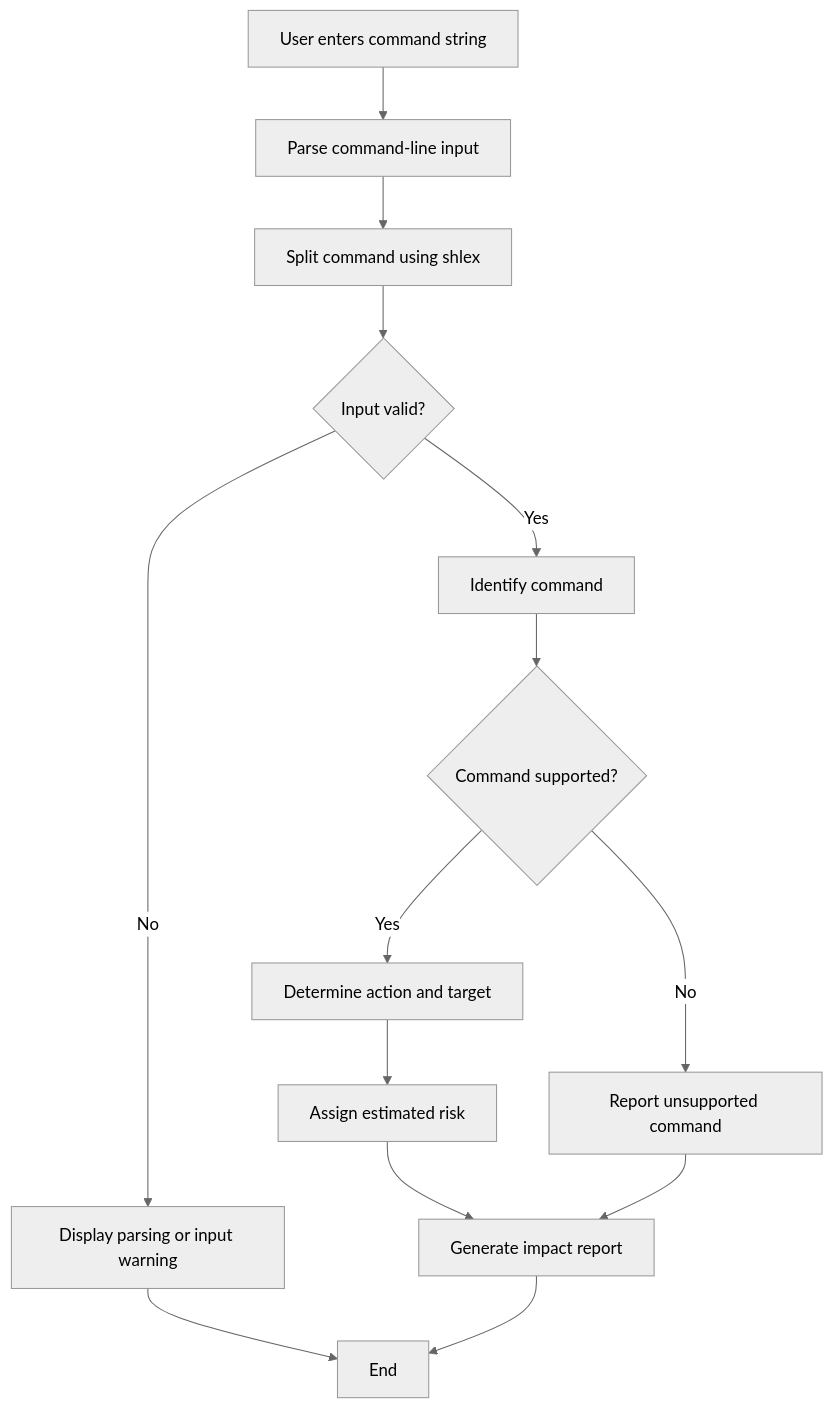
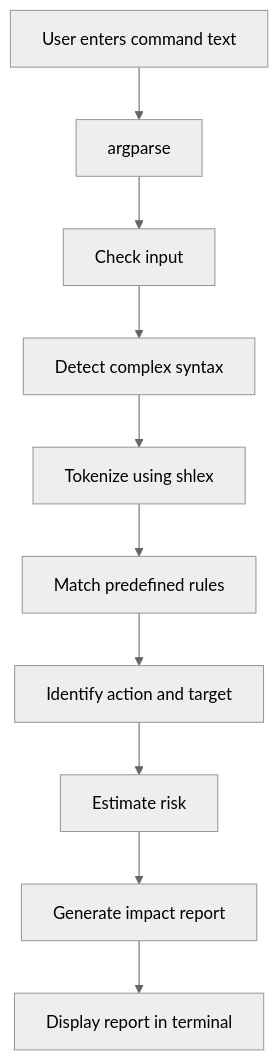
One commit to Ompro24/LInux-Command-Assignment changed the diagram in README.md. Above: the diagram before and after it, drawn with Mermaid (neutral theme). The commit also changed other lines of this file, not shown here.

````diff
--- a/README.md
+++ b/README.md
@@ -170,16 +221,12 @@
 ```mermaid
 flowchart TD
-    A[User enters command string] --> B[Parse command-line input]
-    B --> C[Split command using shlex]
-    C --> D{Input valid?}
-    D -->|No| E[Display parsing or input warning]
-    D -->|Yes| F[Identify command]
-    F --> G{Command supported?}
-    G -->|Yes| H[Determine action and target]
-    H --> I[Assign estimated risk]
-    I --> J[Generate impact report]
-    G -->|No| K[Report unsupported command]
-    K --> J
-    E --> L[End]
-    J --> L
+    A[User enters command text] --> B[argparse]
+    B --> C[Check input]
+    C --> D[Detect complex syntax]
+    D --> E[Tokenize using shlex]
+    E --> F[Match predefined rules]
+    F --> G[Identify action and target]
+    G --> H[Estimate risk]
+    H --> I[Generate impact report]
+    I --> J[Display report in terminal]
 ```
````
